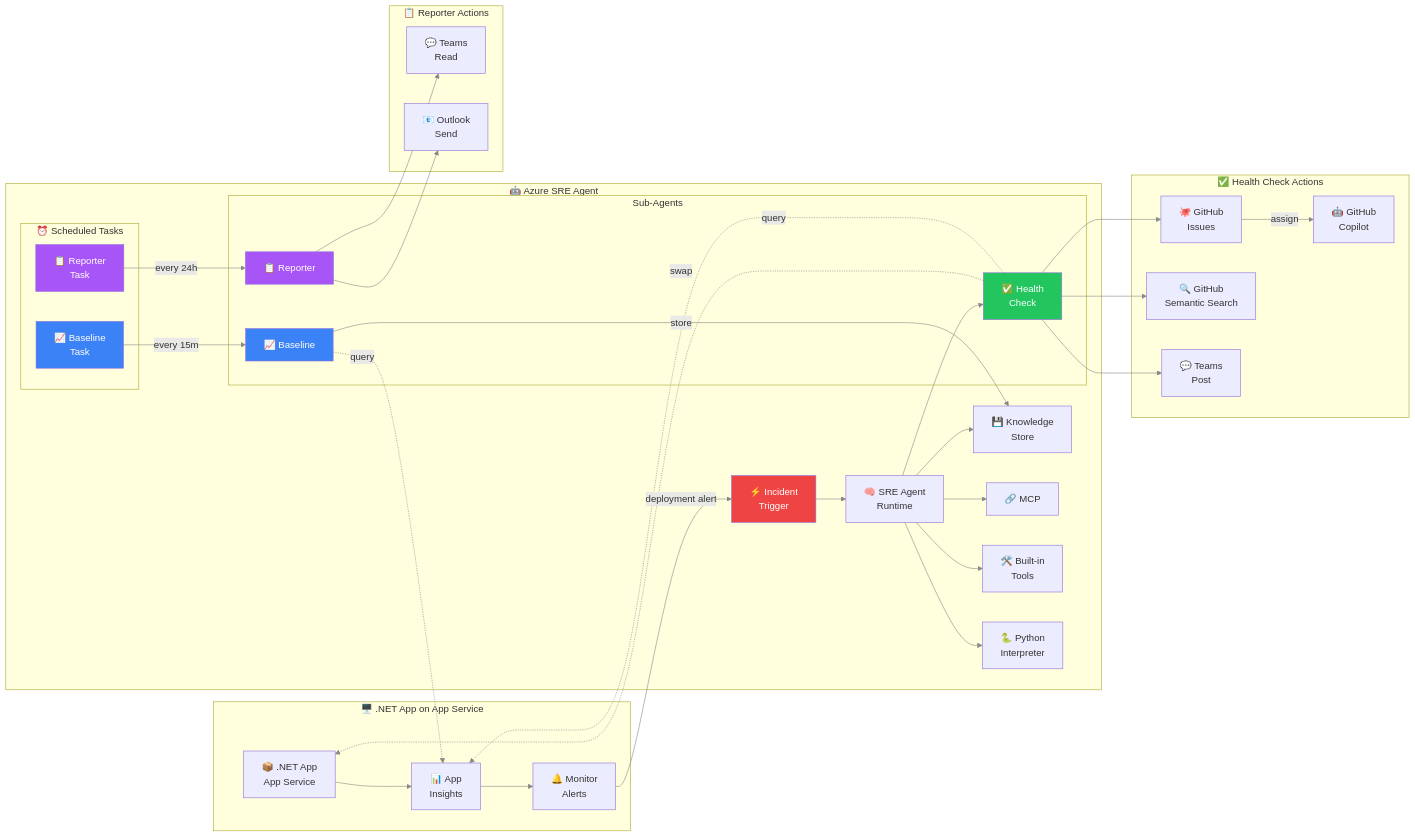
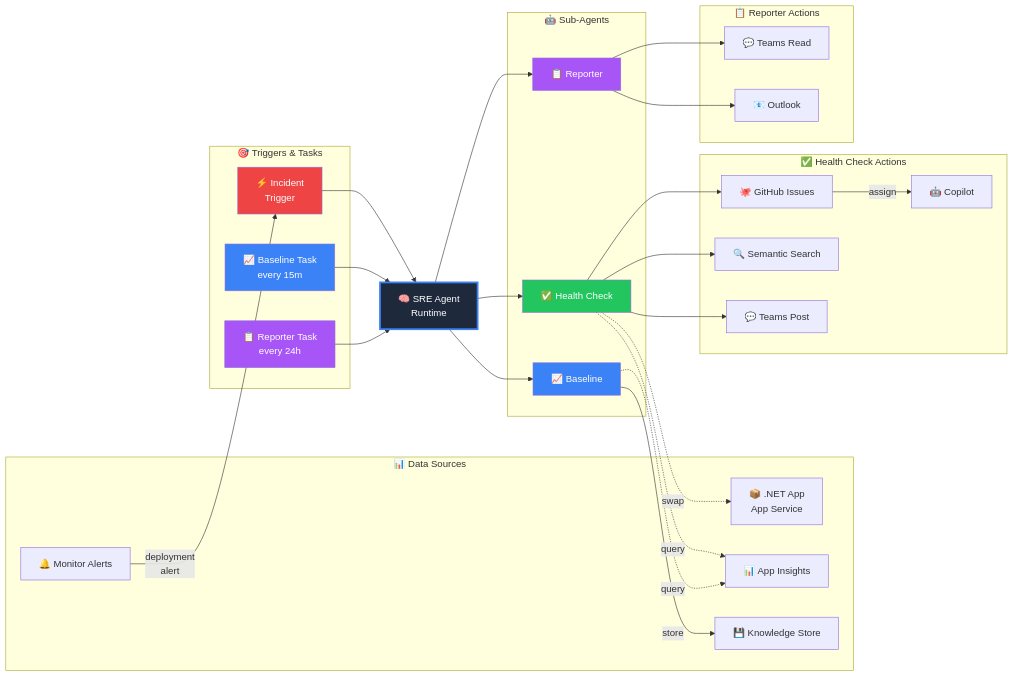
The first of 2 diagrams in README.md (meetshamir/dotnetday), drawn with Mermaid before and after one commit.

Commit message:
Restructure diagram: clear TriggerRuntimeSubAgentActions flow

````diff
--- a/README.md
+++ b/README.md
@@ -28,84 +28,75 @@
 ```mermaid
 graph LR
-    subgraph AppService["🖥️ .NET App on App Service"]
-        APP["📦 .NET App<br/>App Service"]
-        INSIGHTS["📊 App<br/>Insights"]
-        ALERTS["🔔 Monitor<br/>Alerts"]
-        APP --> INSIGHTS
-        INSIGHTS --> ALERTS
+    %% ===== TRIGGERS/TASKS (Left) =====
+    subgraph Triggers["🎯 Triggers & Tasks"]
+        INCIDENT["⚡ Incident<br/>Trigger"]
+        SCHED_BASELINE["📈 Baseline Task<br/>every 15m"]
+        SCHED_REPORTER["📋 Reporter Task<br/>every 24h"]
     end
 
-    subgraph SREAgent["🤖 Azure SRE Agent"]
-        INCIDENT["⚡ Incident<br/>Trigger"]
-        
-        subgraph ScheduledTasks["⏰ Scheduled Tasks"]
-            SCHED_BASELINE["📈 Baseline<br/>Task"]
-            SCHED_REPORTER["📋 Reporter<br/>Task"]
-        end
-        
-        RUNTIME["🧠 SRE Agent<br/>Runtime"]
-        
-        subgraph SubAgents["Sub-Agents"]
-            BASELINE["📈 Baseline"]
-            HEALTH["✅ Health<br/>Check"]
-            REPORTER["📋 Reporter"]
-        end
-        
-        INCIDENT --> RUNTIME
-        SCHED_BASELINE -->|"every 15m"| BASELINE
-        SCHED_REPORTER -->|"every 24h"| REPORTER
-        RUNTIME --> HEALTH
-        
-        KNOWLEDGE["💾 Knowledge<br/>Store"]
-        MCP["🔗 MCP"]
-        TOOLS["🛠️ Built-in<br/>Tools"]
-        PYTHON["🐍 Python<br/>Interpreter"]
-        
-        RUNTIME --> KNOWLEDGE
-        RUNTIME --> MCP
-        RUNTIME --> TOOLS
-        RUNTIME --> PYTHON
+    %% ===== RUNTIME (Center) =====
+    RUNTIME["🧠 SRE Agent<br/>Runtime"]
+
+    %% ===== SUB-AGENTS (Center-Right) =====
+    subgraph SubAgents["🤖 Sub-Agents"]
+        HEALTH["✅ Health Check"]
+        BASELINE["📈 Baseline"]
+        REPORTER["📋 Reporter"]
     end
 
-    subgraph HealthCheckInt["✅ Health Check Actions"]
-        GITHUB["🐙 GitHub<br/>Issues"]
-        GHSEARCH["🔍 GitHub<br/>Semantic Search"]
-        COPILOT["🤖 GitHub<br/>Copilot"]
-        TEAMS_POST["💬 Teams<br/>Post"]
+    %% ===== DATA SOURCES (Top) =====
+    subgraph DataSources["📊 Data Sources"]
+        APP["📦 .NET App<br/>App Service"]
+        INSIGHTS["📊 App Insights"]
+        ALERTS["🔔 Monitor Alerts"]
+        KNOWLEDGE["💾 Knowledge Store"]
     end
 
-    subgraph ReporterInt["📋 Reporter Actions"]
-        TEAMS_READ["💬 Teams<br/>Read"]
-        OUTLOOK["📧 Outlook<br/>Send"]
+    %% ===== EXTERNAL ACTIONS (Right) =====
+    subgraph HealthActions["✅ Health Check Actions"]
+        GITHUB["🐙 GitHub Issues"]
+        GHSEARCH["🔍 Semantic Search"]
+        COPILOT["🤖 Copilot"]
+        TEAMS_POST["💬 Teams Post"]
     end
 
-    %% Style definitions for different flows
-    linkStyle default stroke:#888
+    subgraph ReporterActions["📋 Reporter Actions"]
+        TEAMS_READ["💬 Teams Read"]
+        OUTLOOK["📧 Outlook"]
+    end
+
+    %% ===== FLOW: Trigger → Runtime → Sub-Agent =====
+    ALERTS -->|"deployment<br/>alert"| INCIDENT
+    INCIDENT --> RUNTIME
+    SCHED_BASELINE --> RUNTIME
+    SCHED_REPORTER --> RUNTIME
     
-    %% Cross-boundary connections - Alerts (red)
-    ALERTS -->|"deployment alert"| INCIDENT
-    
-    %% Health Check flows (green)
+    RUNTIME --> HEALTH
+    RUNTIME --> BASELINE
+    RUNTIME --> REPORTER
+
+    %% ===== FLOW: Health Check → Data Sources & Actions =====
+    HEALTH -.->|"query"| INSIGHTS
     HEALTH -.->|"swap"| APP
-    HEALTH -.->|"query"| INSIGHTS
     HEALTH --> GITHUB
     HEALTH --> GHSEARCH
+    HEALTH --> TEAMS_POST
     GITHUB -->|"assign"| COPILOT
-    HEALTH --> TEAMS_POST
-    
-    %% Baseline flows (blue)
+
+    %% ===== FLOW: Baseline → Data Sources =====
     BASELINE -.->|"query"| INSIGHTS
     BASELINE -->|"store"| KNOWLEDGE
-    
-    %% Reporter flows (purple)
+
+    %% ===== FLOW: Reporter → Actions =====
     REPORTER --> TEAMS_READ
     REPORTER --> OUTLOOK
-    
-    %% Styling
+
+    %% ===== STYLING =====
+    style RUNTIME fill:#1e293b,color:#fff,stroke:#3b82f6,stroke-width:3px
+    style INCIDENT fill:#ef4444,color:#fff
     style HEALTH fill:#22c55e,color:#fff
     style BASELINE fill:#3b82f6,color:#fff
     style REPORTER fill:#a855f7,color:#fff
-    style INCIDENT fill:#ef4444,color:#fff
     style SCHED_BASELINE fill:#3b82f6,color:#fff
     style SCHED_REPORTER fill:#a855f7,color:#fff
 ```
````
